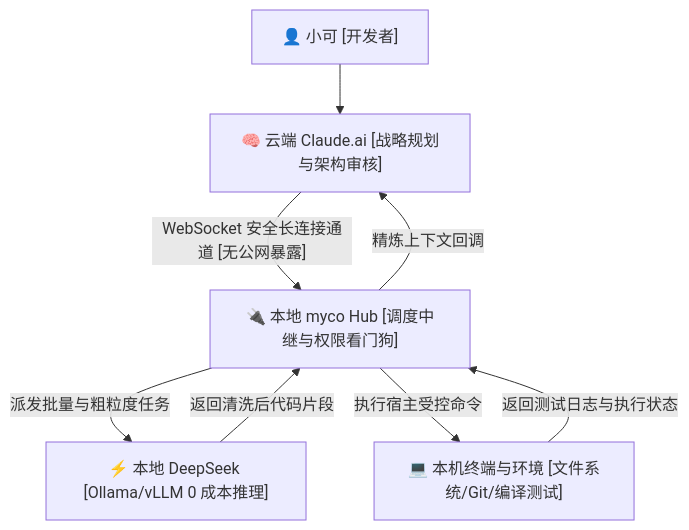
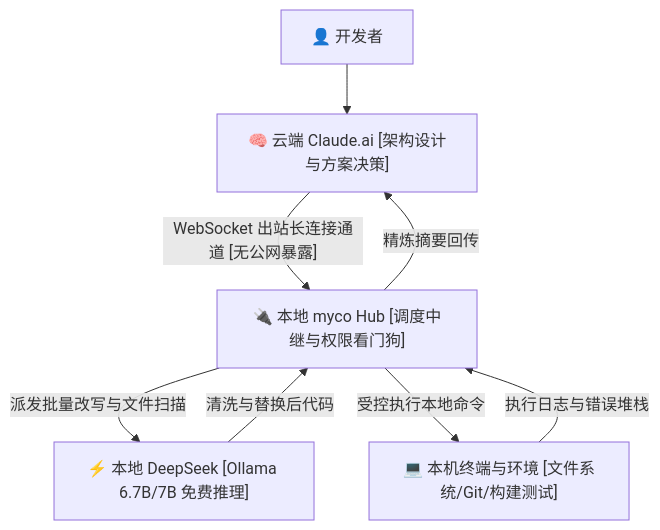
The diagram in guides/zh/cloud-claude-local-deepseek-myco-hybrid-agent-guide.md (kulego-cpu/free-ai-resources), drawn with Mermaid before and after one commit. The commit also changed other lines of this file and 3 other files, not shown here.

````diff
--- a/guides/zh/cloud-claude-local-deepseek-myco-hybrid-agent-guide.md
+++ b/guides/zh/cloud-claude-local-deepseek-myco-hybrid-agent-guide.md
@@ -44,10 +32,10 @@
 ```mermaid
 flowchart TD
-    User["👤 小可 [开发者]"] --> CloudClaude["🧠 云端 Claude.ai [战略规划与架构审核]"]
-    CloudClaude -->|"WebSocket 安全长连接通道 [无公网暴露]"| MycoHub["🔌 本地 myco Hub [调度中继与权限看门狗]"]
-    MycoHub -->|"派发批量与粗粒度任务"| LocalDS["⚡ 本地 DeepSeek [Ollama/vLLM 0 成本推理]"]
-    MycoHub -->|"执行宿主受控命令"| LocalShell["💻 本机终端与环境 [文件系统/Git/编译测试]"]
-    LocalDS -->|"返回清洗后代码片段"| MycoHub
-    LocalShell -->|"返回测试日志与执行状态"| MycoHub
-    MycoHub -->|"精炼上下文回调"| CloudClaude
+    User["👤 开发者"] --> CloudClaude["🧠 云端 Claude.ai [架构设计与方案决策]"]
+    CloudClaude -->|"WebSocket 出站长连接通道 [无公网暴露]"| MycoHub["🔌 本地 myco Hub [调度中继与权限看门狗]"]
+    MycoHub -->|"派发批量改写与文件扫描"| LocalDS["⚡ 本地 DeepSeek [Ollama 6.7B/7B 免费推理]"]
+    MycoHub -->|"受控执行本地命令"| LocalShell["💻 本机终端与环境 [文件系统/Git/构建测试]"]
+    LocalDS -->|"清洗与替换后代码"| MycoHub
+    LocalShell -->|"执行日志与错误堆栈"| MycoHub
+    MycoHub -->|"精炼摘要回传"| CloudClaude
 ```
````
